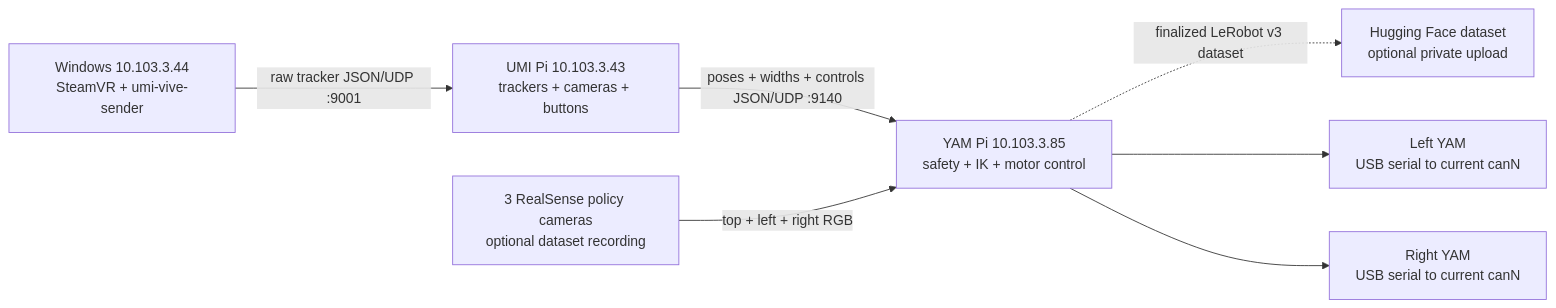
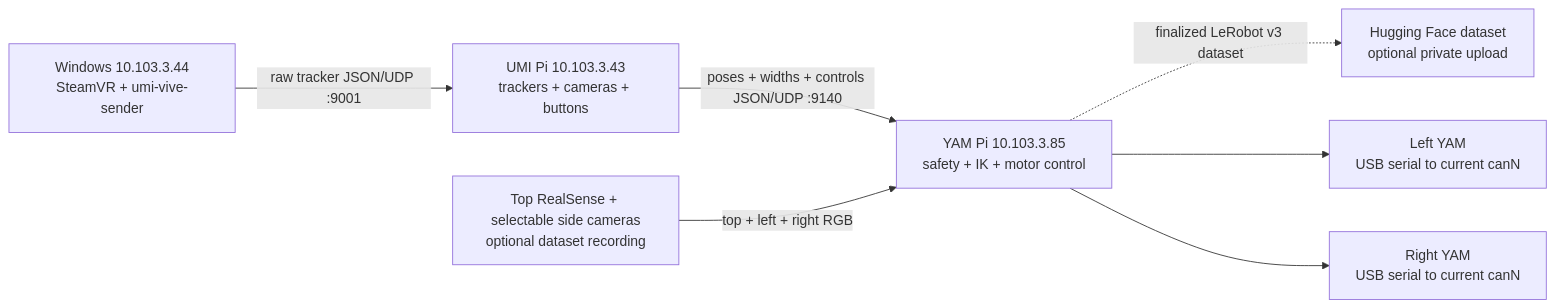
Before and after one commit to AfterQuery-Research/umi-teleop: the diagram in README.md, drawn with Mermaid. The commit also changed other lines of this file and 5 other files, not shown here.

````diff
--- a/README.md
+++ b/README.md
@@ -11,16 +11,16 @@
 ```mermaid
 flowchart LR
     W["Windows 10.103.3.44<br/>SteamVR + umi-vive-sender"]
     S["UMI Pi 10.103.3.43<br/>trackers + cameras + buttons"]
     Y["YAM Pi 10.103.3.85<br/>safety + IK + motor control"]
-    C["3 RealSense policy cameras<br/>optional dataset recording"]
+    C["Top RealSense + selectable side cameras<br/>optional dataset recording"]
     H["Hugging Face dataset<br/>optional private upload"]
     L["Left YAM<br/>USB serial to current canN"]
     R["Right YAM<br/>USB serial to current canN"]
     W -->|"raw tracker JSON/UDP :9001"| S
     S -->|"poses + widths + controls JSON/UDP :9140"| Y
     C -->|"top + left + right RGB"| Y
     Y -.->|"finalized LeRobot v3 dataset"| H
     Y --> L
     Y --> R
 ```
````
